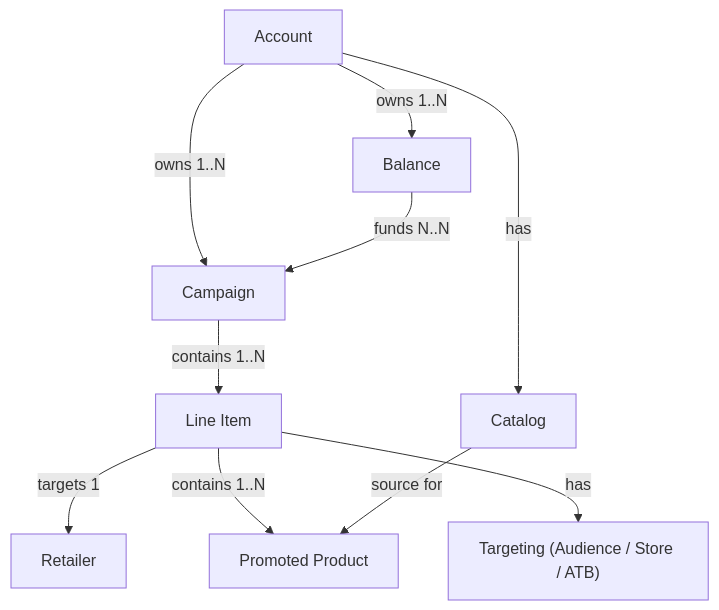
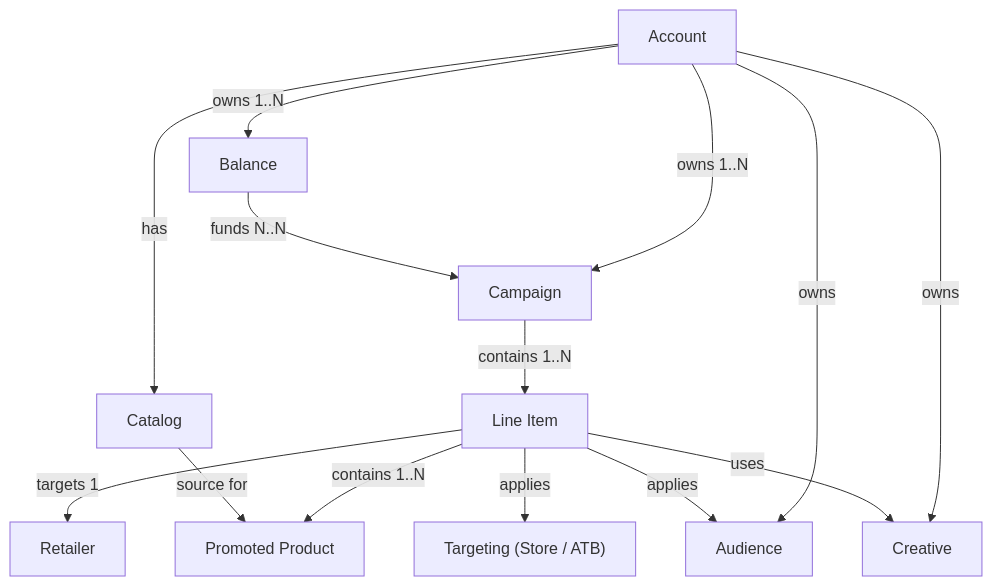
Before and after one commit to criteo/public-api-doc: the diagram in retail-media/docs/conceptual-map.mdx, drawn with Mermaid. The commit also changed other lines of this file and 5 other files, not shown here.

````diff
--- a/retail-media/docs/conceptual-map.mdx
+++ b/retail-media/docs/conceptual-map.mdx
@@ -6,12 +6,16 @@
 ```mermaid
 graph TD
     Account -->|"owns 1..N"| Campaign
     Account -->|"owns 1..N"| Balance
     Account -->|"has"| Catalog
+    Account -->|"owns"| Audience
+    Account -->|"owns"| Creative
     Balance -->|"funds N..N"| Campaign
     Campaign -->|"contains 1..N"| LineItem["Line Item"]
     LineItem -->|"targets 1"| Retailer
     LineItem -->|"contains 1..N"| PromotedProduct["Promoted Product"]
-    LineItem -->|"has"| Targeting["Targeting (Audience / Store / ATB)"]
+    LineItem -->|"applies"| Audience
+    LineItem -->|"applies"| Targeting["Targeting (Store / ATB)"]
+    LineItem -->|"uses"| Creative
     Catalog -->|"source for"| PromotedProduct
 ```
````
